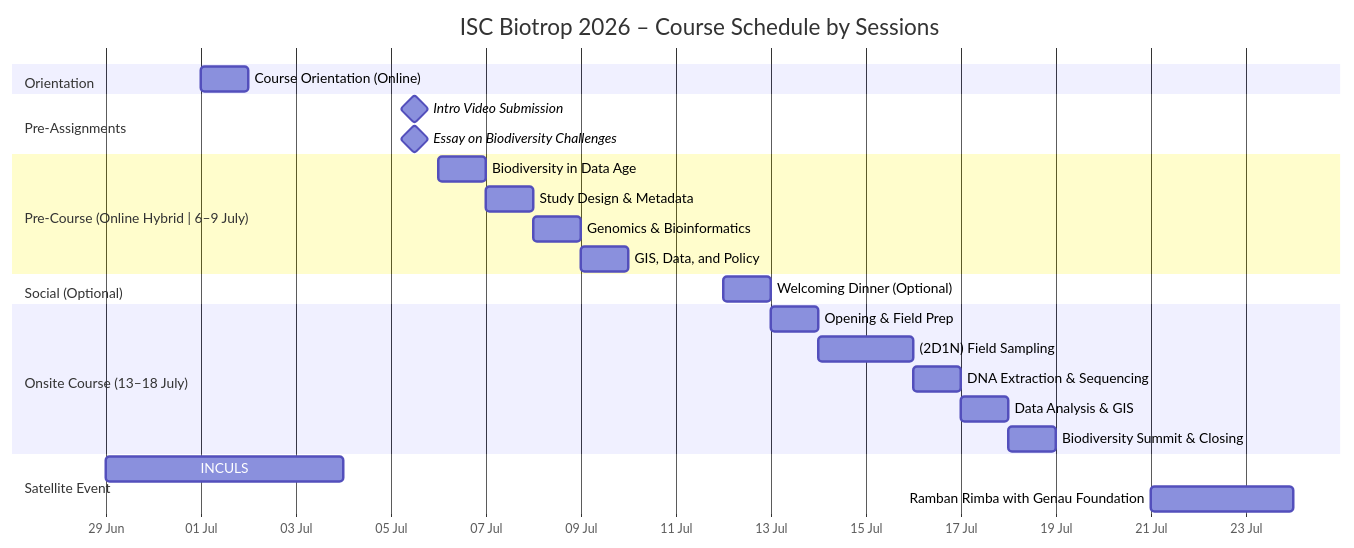
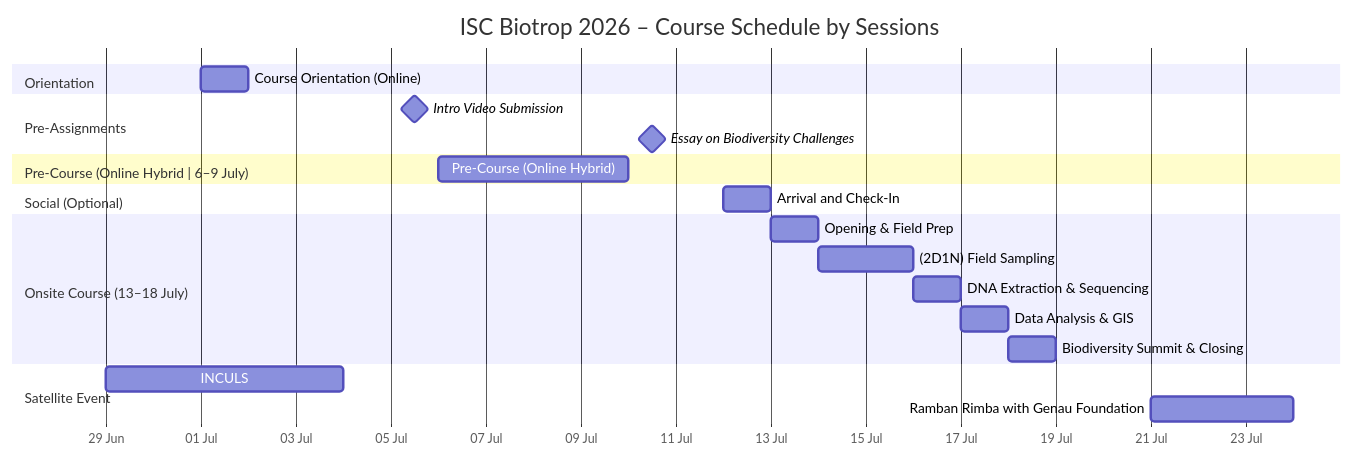
One commit to iscbiotrop/2026 changed the diagram in program/schedule/index.qmd. Above: the diagram before and after it, drawn with Mermaid. The commit also changed 6 other files, not shown here.

````diff
--- a/program/schedule/index.qmd
+++ b/program/schedule/index.qmd
@@ -15,33 +15,30 @@
 ```{mermaid}
 gantt
     title ISC Biotrop 2026 – Course Schedule by Sessions
     dateFormat  YYYY-MM-DD
     axisFormat  %d %b
 
     section Orientation
     Course Orientation (Online)        :2026-07-01, 1d
 
     section Pre-Assignments
     Intro Video Submission             :milestone, 2026-07-05, 1d
-    Essay on Biodiversity Challenges   :milestone, 2026-07-05, 1d
+    Essay on Biodiversity Challenges   :milestone, 2026-07-10, 1d
 
     section Pre-Course (Online Hybrid | 6–9 July)
-    Biodiversity in Data Age   :2026-07-06, 1d
-    Study Design & Metadata    :2026-07-07, 1d
-    Genomics & Bioinformatics  :2026-07-08, 1d
-    GIS, Data, and Policy      :2026-07-09, 1d
+    Pre-Course (Online Hybrid)      :2026-07-06, 4d
 
     section Social (Optional) 
-    Welcoming Dinner (Optional)      :a8, 2026-07-12, 1d
+    Arrival and Check-In     :a8, 2026-07-12, 1d
 
     section Onsite Course (13–18 July)
     Opening & Field Prep       :2026-07-13, 1d
     (2D1N) Field Sampling      :2026-07-14, 2d
     DNA Extraction & Sequencing :2026-07-16, 1d
     Data Analysis & GIS        :2026-07-17, 1d
     Biodiversity Summit & Closing           :2026-07-18, 1d
 
     section Satellite Event
     INCULS :2026-06-29, 5d
     Ramban Rimba with Genau Foundation :2026-07-21, 3d
 ```
````
